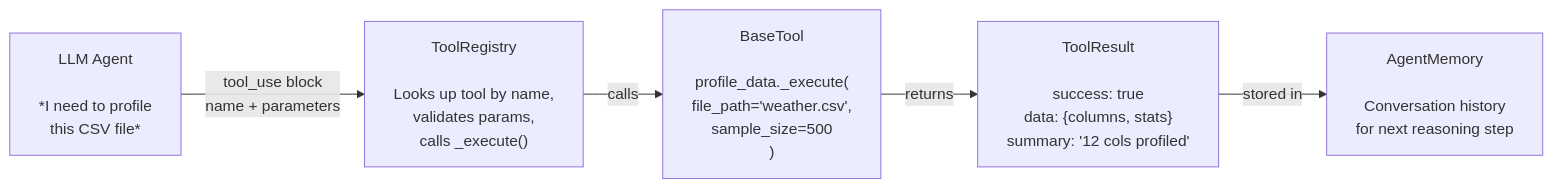
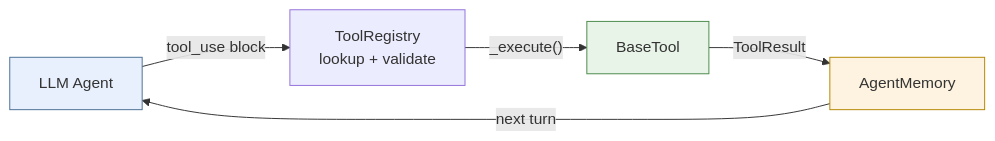
Before and after one commit to jweinberg-a2a/versifai-data-agents: the third of 11 diagrams in docs/architecture.md, drawn with Mermaid. The commit also changed other lines of this file and 4 other files, not shown here.

Commit message:
diagrams fixed

````diff
--- a/docs/architecture.md
+++ b/docs/architecture.md
@@ -92,7 +68,11 @@
 ```mermaid
 flowchart LR
-    LLM["LLM Agent<br><br>*I need to profile<br>this CSV file*"] -->|"tool_use block<br>name + parameters"| REG["ToolRegistry<br><br>Looks up tool by name,<br>validates params,<br>calls _execute()"]
-    REG -->|"calls"| TOOL["BaseTool<br><br>profile_data._execute(<br>  file_path='weather.csv',<br>  sample_size=500<br>)"]
-    TOOL -->|"returns"| TR["ToolResult<br><br>success: true<br>data: {columns, stats}<br>summary: '12 cols profiled'"]
-    TR -->|"stored in"| MEM["AgentMemory<br><br>Conversation history<br>for next reasoning step"]
+    LLM["LLM Agent"] -->|"tool_use block"| REG["ToolRegistry<br>lookup + validate"]
+    REG -->|"_execute()"| TOOL["BaseTool"]
+    TOOL -->|"ToolResult"| MEM["AgentMemory"]
+    MEM -->|"next turn"| LLM
+
+    style LLM fill:#e8f0fe,stroke:#4a6f93
+    style TOOL fill:#e8f4e8,stroke:#4a8a4a
+    style MEM fill:#fef3e0,stroke:#b38600
 ```
````
